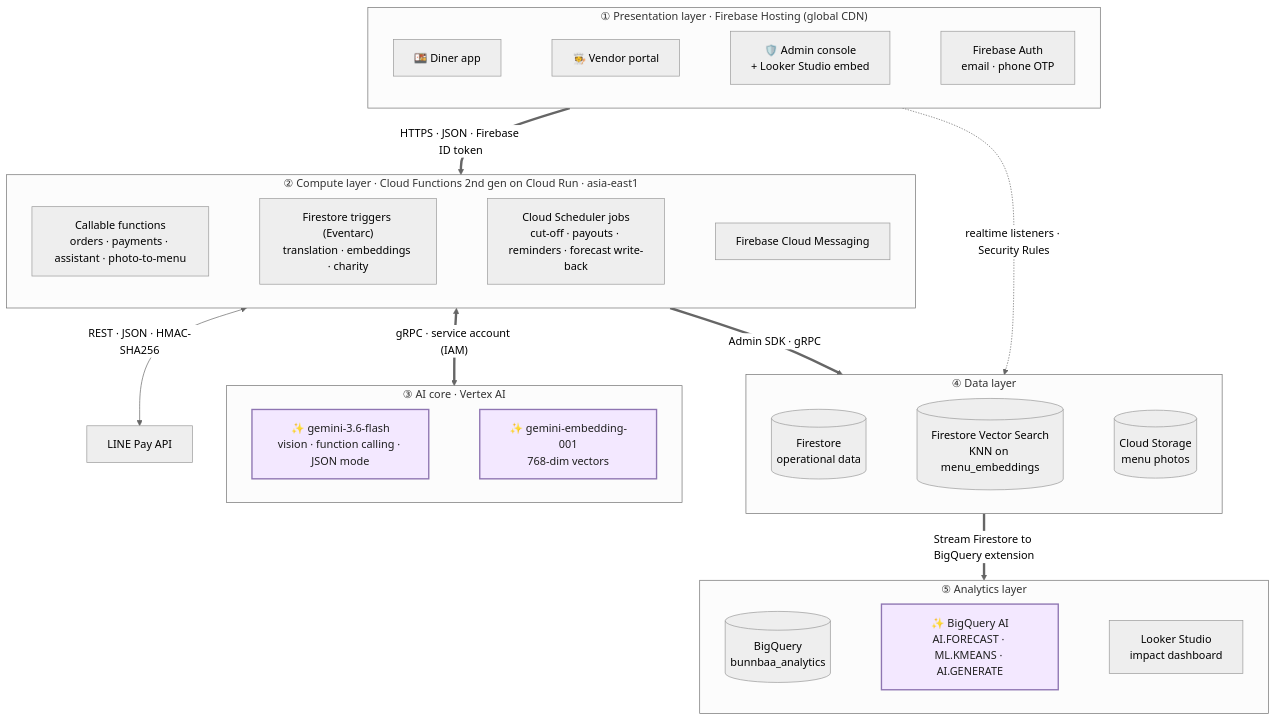
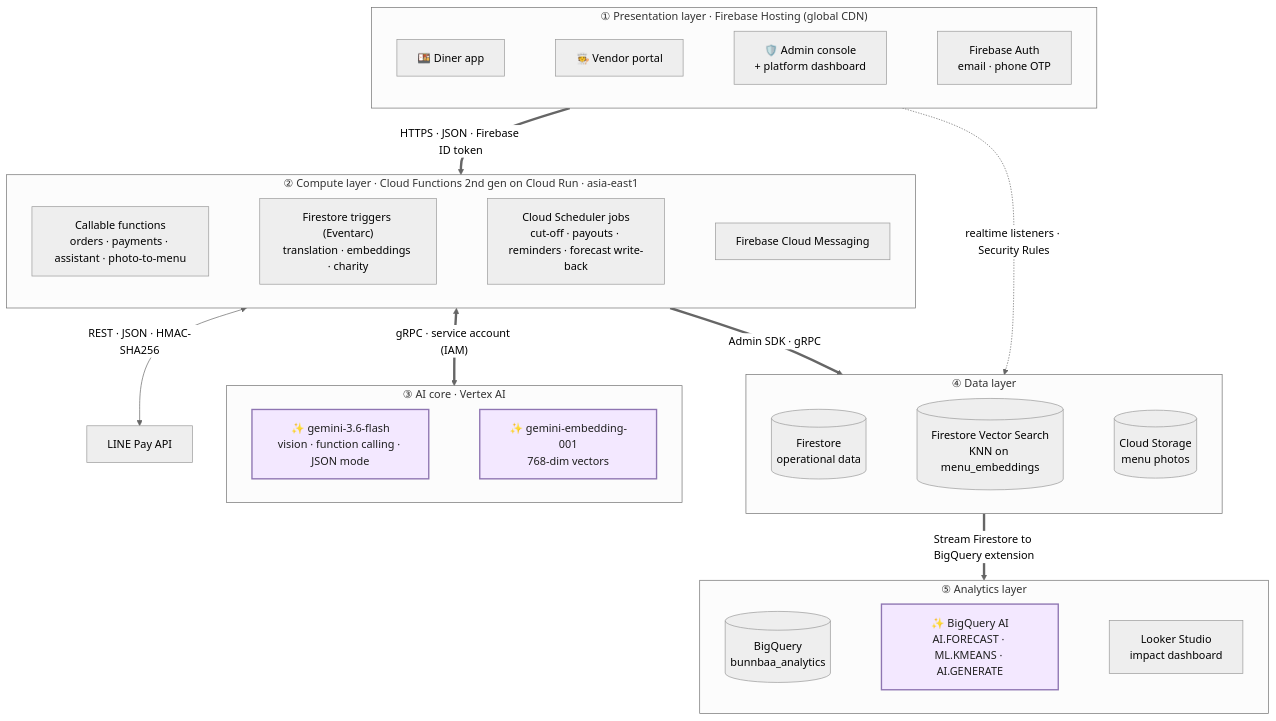
The first of 2 diagrams in README.md (Donna12301230/bunnbaa-mvp), drawn with Mermaid (neutral theme) before and after one commit. The commit also changed other lines of this file and 21 other files, not shown here.

First line of the commit message:
feat: update platform dashboard functions and UI enhancements

````diff
--- a/README.md
+++ b/README.md
@@ -72,56 +72,56 @@
 ```mermaid
 flowchart TB
   subgraph L1["① Presentation layer · Firebase Hosting (global CDN)"]
     direction LR
     D["🍱 Diner app"]
     V["🧑‍🍳 Vendor portal"]
-    A["🛡️ Admin console<br/>+ Looker Studio embed"]
+    A["🛡️ Admin console<br/>+ platform dashboard"]
     AUTH["Firebase Auth<br/>email · phone OTP"]
   end
 
   subgraph L2["② Compute layer · Cloud Functions 2nd gen on Cloud Run · asia-east1"]
     direction LR
     CALL["Callable functions<br/>orders · payments · assistant · photo-to-menu"]
     TRIG["Firestore triggers (Eventarc)<br/>translation · embeddings · charity"]
     SCH["Cloud Scheduler jobs<br/>cut-off · payouts · reminders · forecast write-back"]
     FCM["Firebase Cloud Messaging"]
   end
 
   LP["LINE Pay API"]
 
   subgraph L3["③ AI core · Vertex AI"]
     direction LR
     GEM["✨ gemini-3.6-flash<br/>vision · function calling · JSON mode"]
     EMB["✨ gemini-embedding-001<br/>768-dim vectors"]
   end
 
   subgraph L4["④ Data layer"]
     direction LR
     FS[("Firestore<br/>operational data")]
     VEC[("Firestore Vector Search<br/>KNN on menu_embeddings")]
     GCS[("Cloud Storage<br/>menu photos")]
   end
 
   subgraph L5["⑤ Analytics layer"]
     direction LR
     BQ[("BigQuery<br/>bunnbaa_analytics")]
     BQAI["✨ BigQuery AI<br/>AI.FORECAST · ML.KMEANS · AI.GENERATE"]
     LS["Looker Studio<br/>impact dashboard"]
   end
 
   D ~~~ V ~~~ A ~~~ AUTH
   CALL ~~~ TRIG ~~~ SCH ~~~ FCM
   GEM ~~~ EMB
   FS ~~~ VEC ~~~ GCS
   BQ ~~~ BQAI ~~~ LS
 
   L1 ==>|"HTTPS · JSON · Firebase ID token"| L2
   L2 <-->|"REST · JSON · HMAC-SHA256"| LP
   L2 <==>|"gRPC · service account (IAM)"| L3
   L2 ==>|"Admin SDK · gRPC"| L4
   L1 -.->|"realtime listeners · Security Rules"| L4
   L4 ==>|"Stream Firestore to BigQuery extension"| L5
 
   classDef ai fill:#f3e8ff,stroke:#8E75B2,stroke-width:2px,color:#1f1f1f
   class GEM,EMB,BQAI ai
 ```
````
